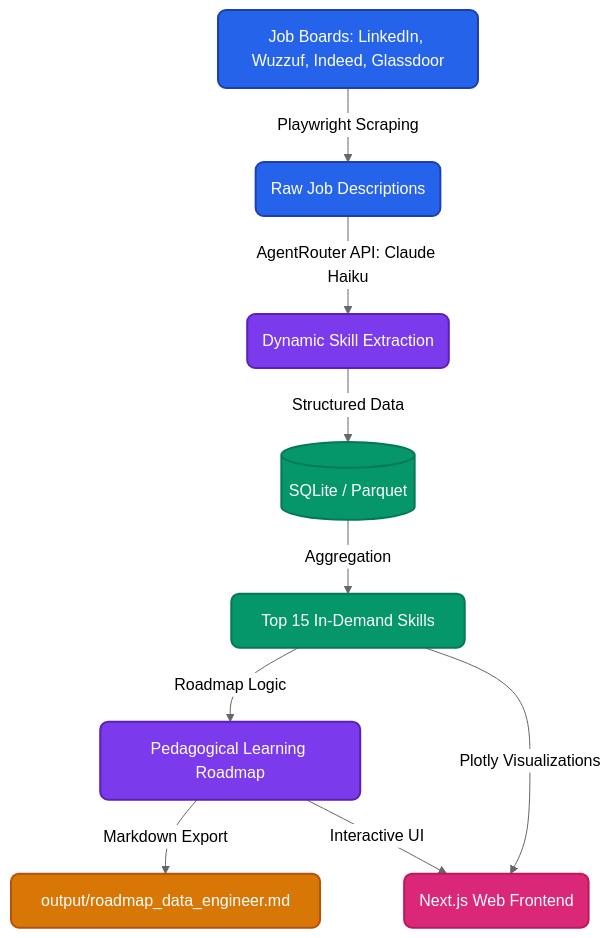
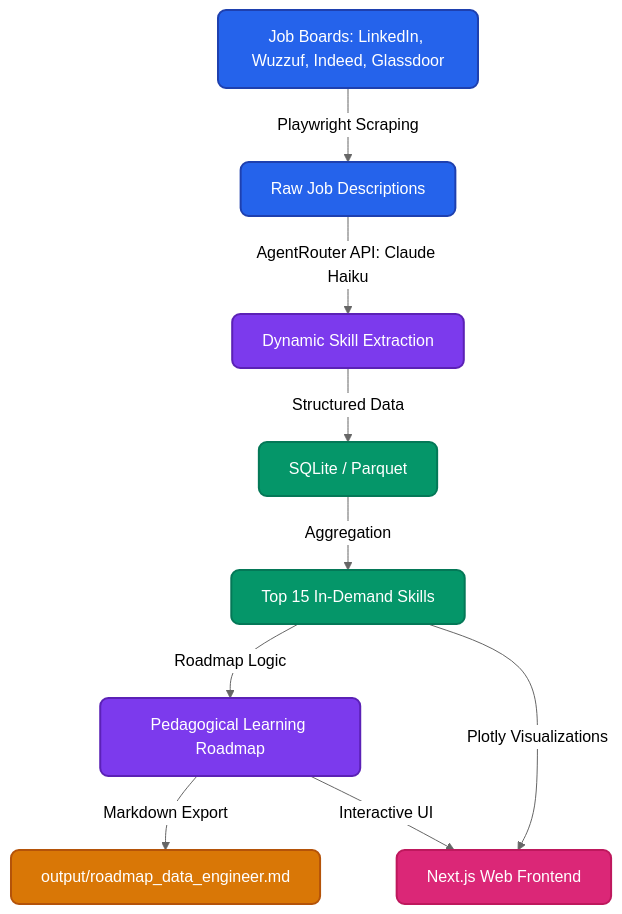
One commit to Sohila-Khaled-Abbas/data-career-roadmap-generator changed the diagram in README.md. Above: the diagram before and after it, drawn with Mermaid (neutral theme).

Commit message:
docs: update Mermaid diagram styling for consistent node formatting in README

````diff
--- a/README.md
+++ b/README.md
@@ -19,18 +19,18 @@
 ```mermaid
 graph TD
     %% Modern Color Palette and Styles
     classDef scraper fill:#2563eb,stroke:#1e40af,stroke-width:2px,color:#fff,rx:8px,ry:8px
     classDef ai fill:#7c3aed,stroke:#5b21b6,stroke-width:2px,color:#fff,rx:8px,ry:8px
     classDef database fill:#059669,stroke:#047857,stroke-width:2px,color:#fff,rx:8px,ry:8px
     classDef ui fill:#db2777,stroke:#be185d,stroke-width:2px,color:#fff,rx:8px,ry:8px
     classDef file fill:#d97706,stroke:#b45309,stroke-width:2px,color:#fff,rx:8px,ry:8px
 
-    A["Job Boards: LinkedIn, Wuzzuf, Indeed, Glassdoor"]:::scraper -->|Playwright Scraping| B("Raw Job Descriptions"):::scraper
-    B -->|AgentRouter API: Claude Haiku| C("Dynamic Skill Extraction"):::ai
-    C -->|Structured Data| D[("SQLite / Parquet")]:::database
+    A["Job Boards: LinkedIn, Wuzzuf, Indeed, Glassdoor"]:::scraper -->|Playwright Scraping| B["Raw Job Descriptions"]:::scraper
+    B -->|AgentRouter API: Claude Haiku| C["Dynamic Skill Extraction"]:::ai
+    C -->|Structured Data| D["SQLite / Parquet"]:::database
     D -->|Aggregation| E["Top 15 In-Demand Skills"]:::database
     E -->|Roadmap Logic| F["Pedagogical Learning Roadmap"]:::ai
     F -->|Markdown Export| G["output/roadmap_data_engineer.md"]:::file
-    E -->|Plotly Visualizations| H("Next.js Web Frontend"):::ui
+    E -->|Plotly Visualizations| H["Next.js Web Frontend"]:::ui
     F -->|Interactive UI| H
 ```
````
